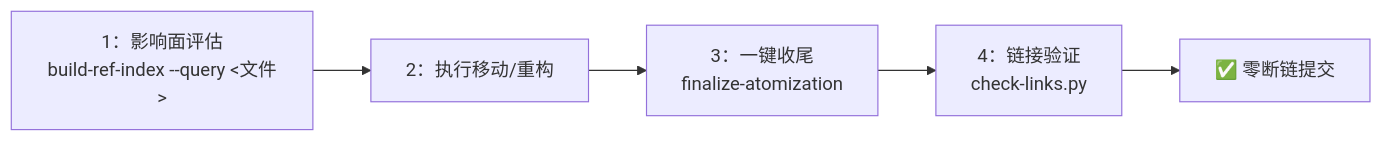
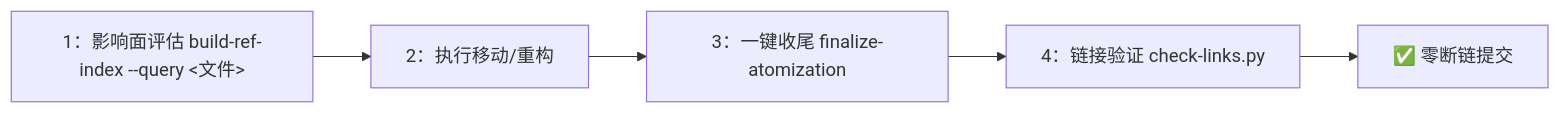
The third of 3 diagrams in docs/tech/references/development-standards.md (xinetzone/SpecWeave), drawn with Mermaid before and after one commit. The commit also changed other lines of this file and 41 other files, not shown here.

First line of the commit message:
feat(mermaid): CI历史债务ratchet基线门禁与节点文本单行化策略

````diff
--- a/docs/tech/references/development-standards.md
+++ b/docs/tech/references/development-standards.md
@@ -477,7 +475,7 @@
 ```mermaid
 flowchart LR
-    A["1：影响面评估<br/>build-ref-index --query <文件>"] --> B["2：执行移动/重构"]
-    B --> C["3：一键收尾<br/>finalize-atomization"]
-    C --> D["4：链接验证<br/>check-links.py"]
+    A["1：影响面评估 build-ref-index --query <文件>"] --> B["2：执行移动/重构"]
+    B --> C["3：一键收尾 finalize-atomization"]
+    C --> D["4：链接验证 check-links.py"]
     D --> E["✅ 零断链提交"]
 ```
````
